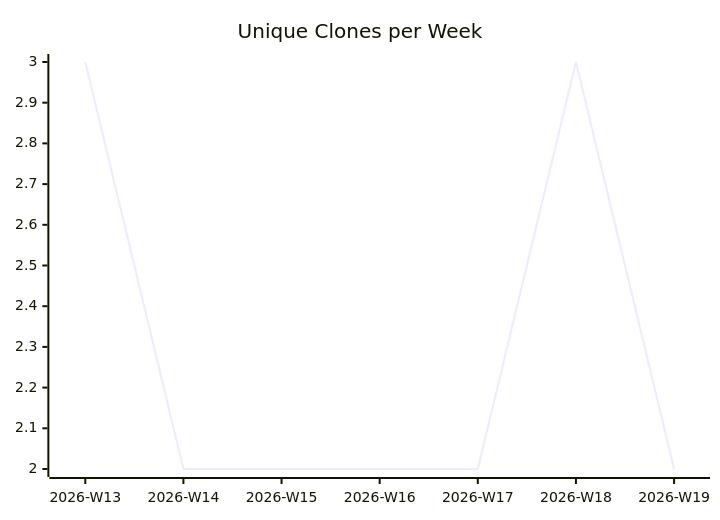
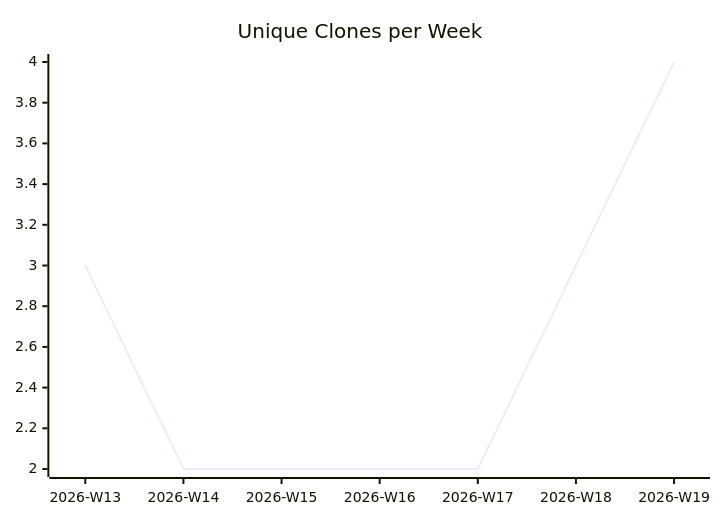
The third of 3 diagrams in karlmdavis/can-i-kayak-baltimore/README.md (justdavis-family/github-analytics-data), drawn with Mermaid before and after one commit. The commit also changed other lines of this file and 192 other files, not shown here.

````diff
--- a/karlmdavis/can-i-kayak-baltimore/README.md
+++ b/karlmdavis/can-i-kayak-baltimore/README.md
@@ -19,6 +19,6 @@
 ```mermaid
 xychart-beta
   title "Unique Clones per Week"
   x-axis ["2026-W13", "2026-W14", "2026-W15", "2026-W16", "2026-W17", "2026-W18", "2026-W19"]
-  line [3, 2, 2, 2, 2, 3, 2]
+  line [3, 2, 2, 2, 2, 3, 4]
 ```
````
